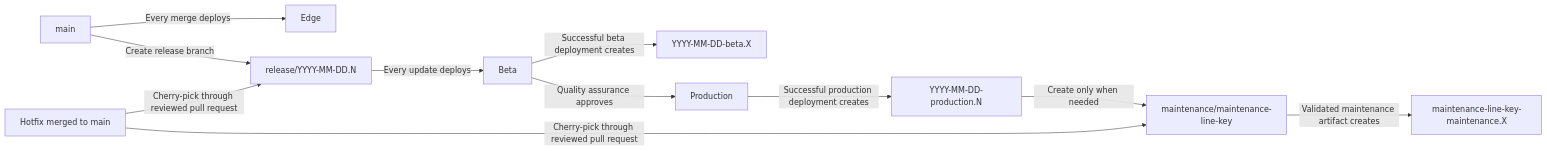
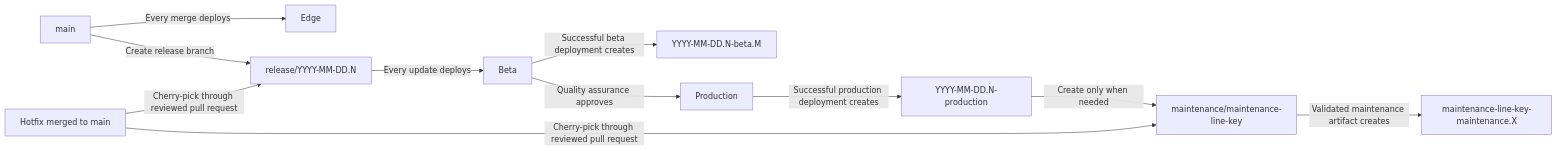
Before and after one commit to wireapp/wire-webapp: the first of 2 diagrams in docs/decision-records/0002-trunk-based-automated-release-process.md, drawn with Mermaid. The commit also changed other lines of this file, not shown here.

First line of the commit message:
docs(adr): keep release identifier in beta and production tags

````diff
--- a/docs/decision-records/0002-trunk-based-automated-release-process.md
+++ b/docs/decision-records/0002-trunk-based-automated-release-process.md
@@ -24,24 +24,24 @@
 ```mermaid
 flowchart LR
   mainBranch[main]
   edgeEnvironment[Edge]
   releaseBranch[release/YYYY-MM-DD.N]
   betaEnvironment[Beta]
-  betaTag[YYYY-MM-DD-beta.X]
+  betaTag[YYYY-MM-DD.N-beta.M]
   productionEnvironment[Production]
-  productionTag[YYYY-MM-DD-production.N]
+  productionTag[YYYY-MM-DD.N-production]
   maintenanceBranch[maintenance/maintenance-line-key]
   maintenanceTag[maintenance-line-key-maintenance.X]
 
   mainBranch -->|Every merge deploys| edgeEnvironment
   mainBranch -->|Create release branch| releaseBranch
   releaseBranch -->|Every update deploys| betaEnvironment
   betaEnvironment -->|Successful beta deployment creates| betaTag
   betaEnvironment -->|Quality assurance approves| productionEnvironment
   productionEnvironment -->|Successful production deployment creates| productionTag
   productionTag -->|Create only when needed| maintenanceBranch
   maintenanceBranch -->|Validated maintenance artifact creates| maintenanceTag
 
   hotfixCommit[Hotfix merged to main] -->|Cherry-pick through reviewed pull request| releaseBranch
   hotfixCommit -->|Cherry-pick through reviewed pull request| maintenanceBranch
 ```
````
